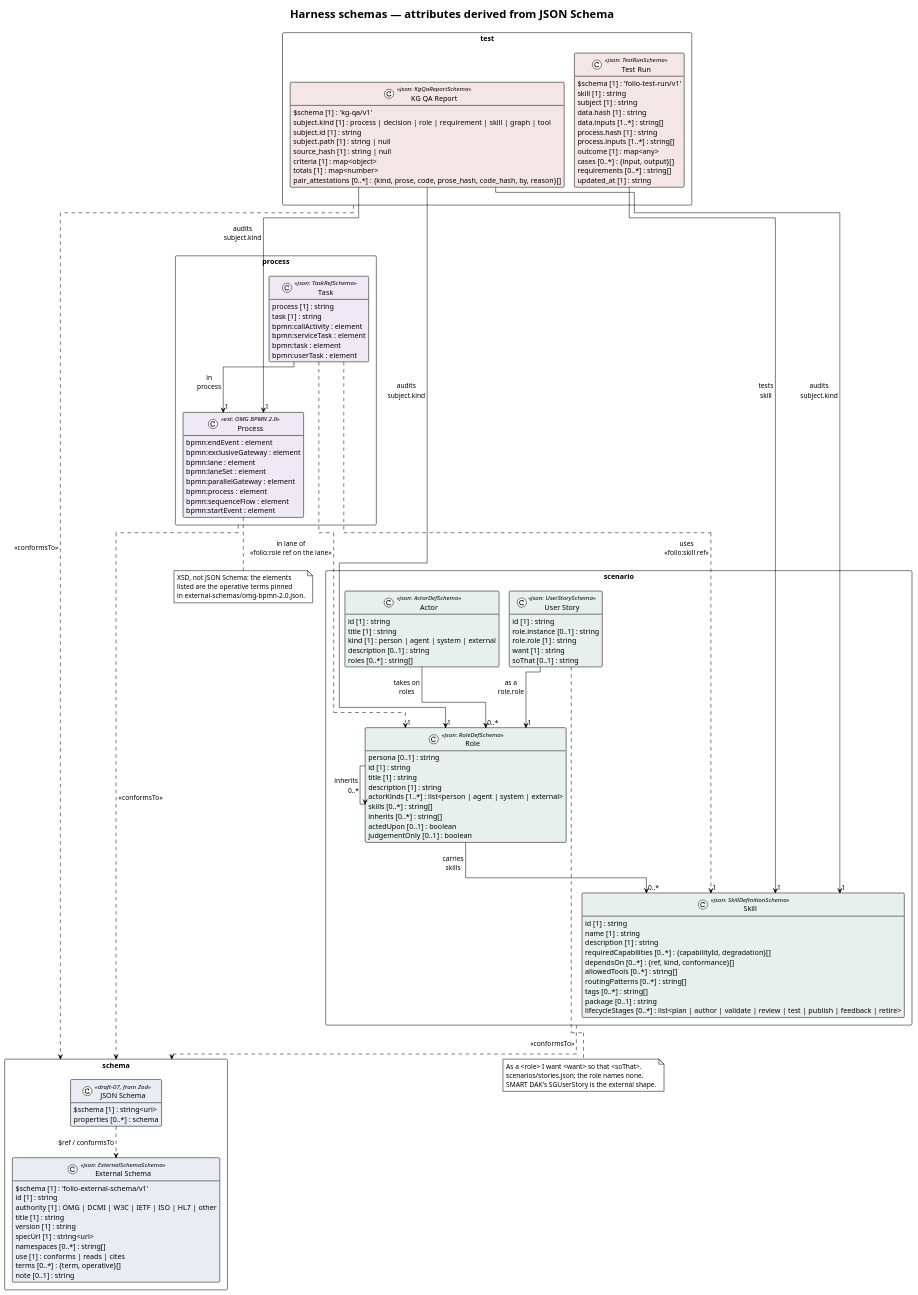
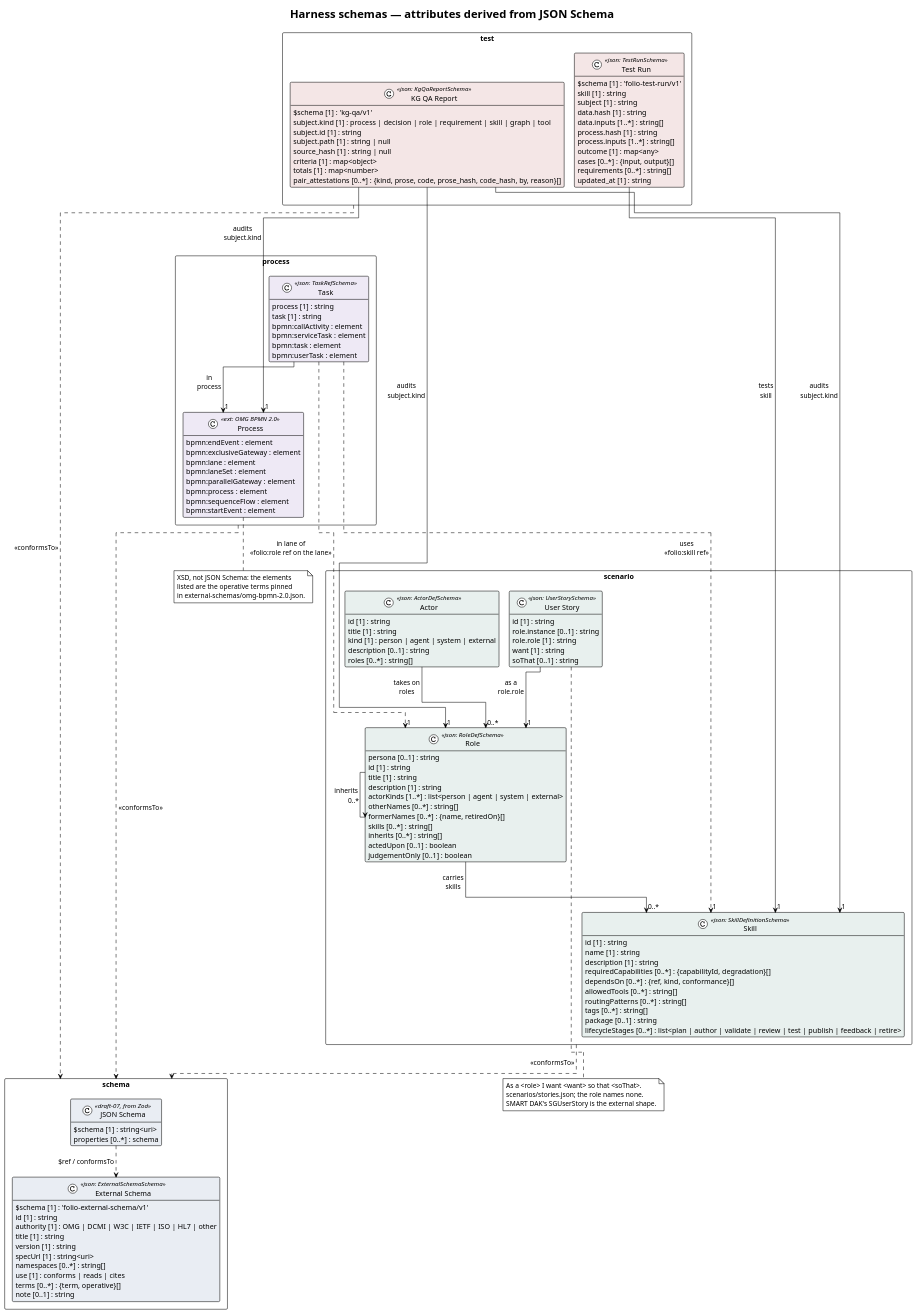
The diagram in cat-harness/uml/harness-schemas.puml (litlfred/folio-assistant), drawn with PlantUML before and after one commit. The commit also changed 45 other files, not shown here.

First line of the commit message:
Roles carry their other and former names; bootstrap README shows them (owner, 2026-09-30)

```diff
--- a/cat-harness/uml/harness-schemas.puml
+++ b/cat-harness/uml/harness-schemas.puml
@@ -4,148 +4,150 @@
 @startuml harness-schemas
 ' ELK routes edges around class boxes; dot and smetana draw through them.
 !pragma layout elk
 skinparam nodesep 60
 skinparam ranksep 80
 !theme plain
 skinparam classAttributeIconSize 0
 skinparam shadowing false
 skinparam packageStyle rectangle
 skinparam stereotypeCBackgroundColor #FDFDFB
 hide empty methods
 
 title Harness schemas — attributes derived from JSON Schema
 
 package scenario {
   class "Actor" as Actor <<json: ActorDefSchema>> #e8f0ee {
     id [1] : string
     title [1] : string
     kind [1] : person | agent | system | external
     description [0..1] : string
     roles [0..*] : string[]
   }
   class "Role" as Role <<json: RoleDefSchema>> #e8f0ee {
     persona [0..1] : string
     id [1] : string
     title [1] : string
     description [1] : string
     actorKinds [1..*] : list<person | agent | system | external>
+    otherNames [0..*] : string[]
+    formerNames [0..*] : {name, retiredOn}[]
     skills [0..*] : string[]
     inherits [0..*] : string[]
     actedUpon [0..1] : boolean
     judgementOnly [0..1] : boolean
   }
   class "Skill" as Skill <<json: SkillDefinitionSchema>> #e8f0ee {
     id [1] : string
     name [1] : string
     description [1] : string
     requiredCapabilities [0..*] : {capabilityId, degradation}[]
     dependsOn [0..*] : {ref, kind, conformance}[]
     allowedTools [0..*] : string[]
     routingPatterns [0..*] : string[]
     tags [0..*] : string[]
     package [0..1] : string
     lifecycleStages [0..*] : list<plan | author | validate | review | test | publish | feedback | retire>
   }
   class "User Story" as UserStory <<json: UserStorySchema>> #e8f0ee {
     id [1] : string
     role.instance [0..1] : string
     role.role [1] : string
     want [1] : string
     soThat [0..1] : string
   }
 }
 
 package process {
   class "Process" as Process <<ext: OMG BPMN 2.0>> #eee9f5 {
     bpmn:endEvent : element
     bpmn:exclusiveGateway : element
     bpmn:lane : element
     bpmn:laneSet : element
     bpmn:parallelGateway : element
     bpmn:process : element
     bpmn:sequenceFlow : element
     bpmn:startEvent : element
   }
   class "Task" as Task <<json: TaskRefSchema>> #eee9f5 {
     process [1] : string
     task [1] : string
     bpmn:callActivity : element
     bpmn:serviceTask : element
     bpmn:task : element
     bpmn:userTask : element
   }
 }
 
 package schema {
   class "External Schema" as ExternalSchema <<json: ExternalSchemaSchema>> #e9edf3 {
     $schema [1] : 'folio-external-schema/v1'
     id [1] : string
     authority [1] : OMG | DCMI | W3C | IETF | ISO | HL7 | other
     title [1] : string
     version [1] : string
     specUrl [1] : string<uri>
     namespaces [0..*] : string[]
     use [1] : conforms | reads | cites
     terms [0..*] : {term, operative}[]
     note [0..1] : string
   }
   class "JSON Schema" as JsonSchema <<draft-07, from Zod>> #e9edf3 {
     $schema [1] : string<uri>
     properties [0..*] : schema
   }
   JsonSchema ..> ExternalSchema : $ref / conformsTo
 }
 
 package test {
   class "Test Run" as TestRun <<json: TestRunSchema>> #f4e6e6 {
     $schema [1] : 'folio-test-run/v1'
     skill [1] : string
     subject [1] : string
     data.hash [1] : string
     data.inputs [1..*] : string[]
     process.hash [1] : string
     process.inputs [1..*] : string[]
     outcome [1] : map<any>
     cases [0..*] : {input, output}[]
     requirements [0..*] : string[]
     updated_at [1] : string
   }
   class "KG QA Report" as KgQaReport <<json: KgQaReportSchema>> #f4e6e6 {
     $schema [1] : 'kg-qa/v1'
     subject.kind [1] : process | decision | role | requirement | skill | graph | tool
     subject.id [1] : string
     subject.path [1] : string | null
     source_hash [1] : string | null
     criteria [1] : map<object>
     totals [1] : map<number>
     pair_attestations [0..*] : {kind, prose, code, prose_hash, code_hash, by, reason}[]
   }
 }
 
 note bottom of UserStory
   As a <role> I want <want> so that <soThat>.
   scenarios/stories.json; the role names none.
   SMART DAK's SGUserStory is the external shape.
 end note
 note bottom of Process
   XSD, not JSON Schema: the elements
   listed are the operative terms pinned
   in external-schemas/omg-bpmn-2.0.json.
 end note
 
 Actor --> "0..*" Role : takes on\nroles
 Role --> "0..*" Role : inherits
 Role --> "0..*" Skill : carries\nskills
 UserStory --> "1" Role : as a\nrole.role
 Task --> "1" Process : in\nprocess
 Task ..> "1" Role : in lane of\n«folio:role ref on the lane»
 Task ..> "1" Skill : uses\n«folio:skill ref»
 TestRun --> "1" Skill : tests\nskill
 KgQaReport --> "1" Role : audits\nsubject.kind
 KgQaReport --> "1" Process : audits\nsubject.kind
 KgQaReport --> "1" Skill : audits\nsubject.kind
 
 scenario ..> schema : <<conformsTo>>
 process ..> schema : <<conformsTo>>
 test ..> schema : <<conformsTo>>
 @enduml
```
